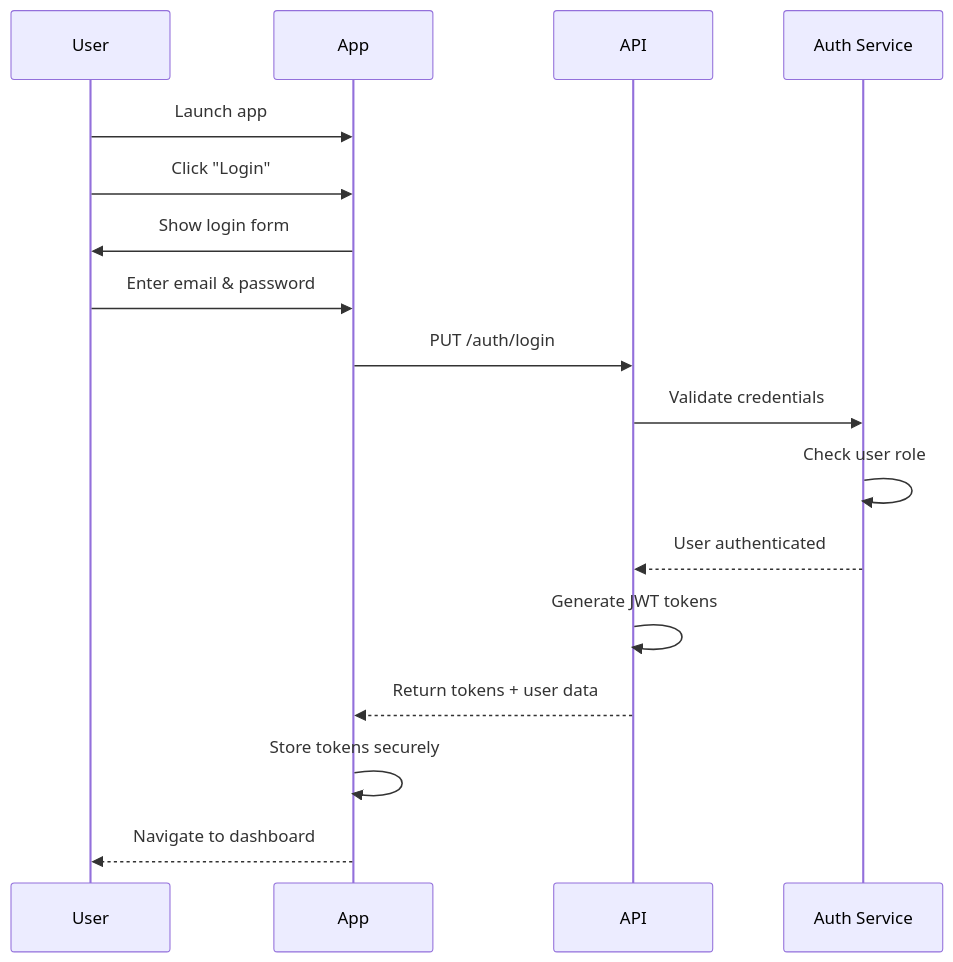
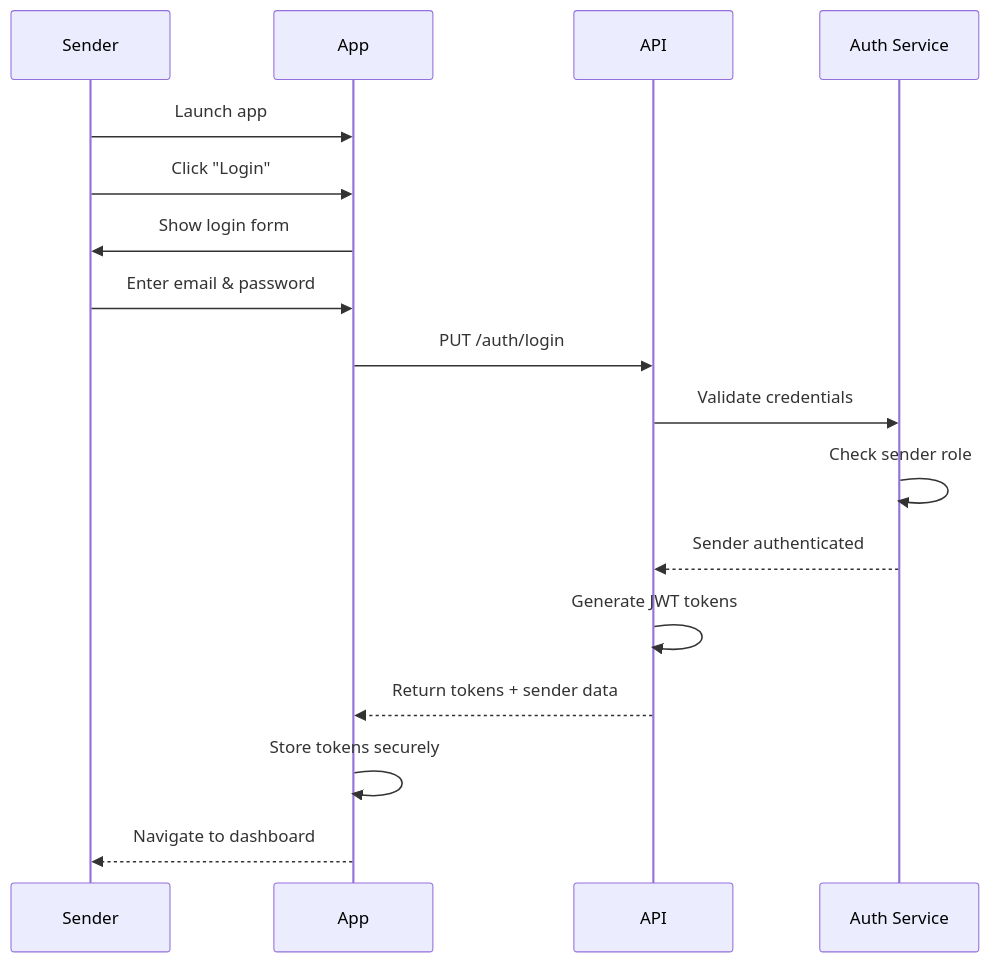
Before and after one commit to trillionclues-fincode/docs: the second of 14 diagrams in remittance/process-flows.mdx, drawn with Mermaid. The commit also changed other lines of this file and 7 other files, not shown here.

````diff
--- a/remittance/process-flows.mdx
+++ b/remittance/process-flows.mdx
@@ -74,20 +73,20 @@
 ```mermaid
 sequenceDiagram
-    participant User
+    participant Sender
     participant App
     participant API
     participant Auth Service
 
-    User->>App: Launch app
-    User->>App: Click "Login"
-    App->>User: Show login form
-    User->>App: Enter email & password
+    Sender->>App: Launch app
+    Sender->>App: Click "Login"
+    App->>Sender: Show login form
+    Sender->>App: Enter email & password
     App->>API: PUT /auth/login
     API->>Auth Service: Validate credentials
-    Auth Service->>Auth Service: Check user role
-    Auth Service-->>API: User authenticated
+    Auth Service->>Auth Service: Check sender role
+    Auth Service-->>API: Sender authenticated
     API->>API: Generate JWT tokens
-    API-->>App: Return tokens + user data
+    API-->>App: Return tokens + sender data
     App->>App: Store tokens securely
-    App-->>User: Navigate to dashboard
+    App-->>Sender: Navigate to dashboard
 ```
````
